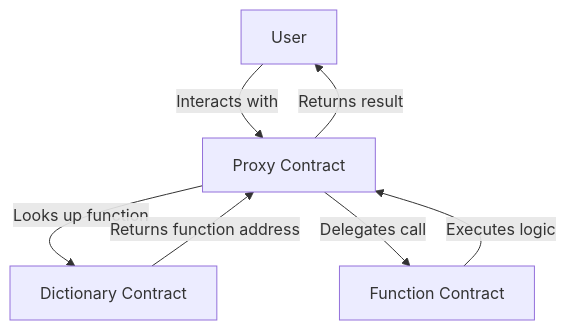
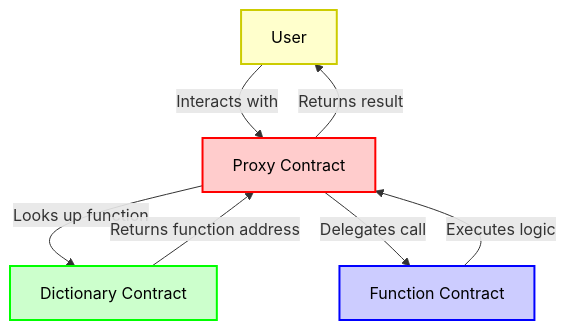
The diagram in site/docs/01-concepts/02-key-concepts.md (metacontract/mc), drawn with Mermaid before and after one commit. The commit also changed other lines of this file and 402 other files, not shown here.

````diff
--- a/site/docs/01-concepts/02-key-concepts.md
+++ b/site/docs/01-concepts/02-key-concepts.md
@@ -68,9 +62,14 @@
 ```mermaid
 graph TD
     A[User] -->|Interacts with| B[Proxy Contract]
     B -->|Looks up function| C[Dictionary Contract]
     C -->|Returns function address| B
     B -->|Delegates call| D[Function Contract]
     D -->|Executes logic| B
     B -->|Returns result| A
+
+    style A color:#000000,fill:#ffffcc,stroke:#cccc00,stroke-width:2px
+    style B color:#000000,fill:#ffcccc,stroke:#ff0000,stroke-width:2px
+    style C color:#000000,fill:#ccffcc,stroke:#00ff00,stroke-width:2px
+    style D color:#000000,fill:#ccccff,stroke:#0000ff,stroke-width:2px
 ```
````
